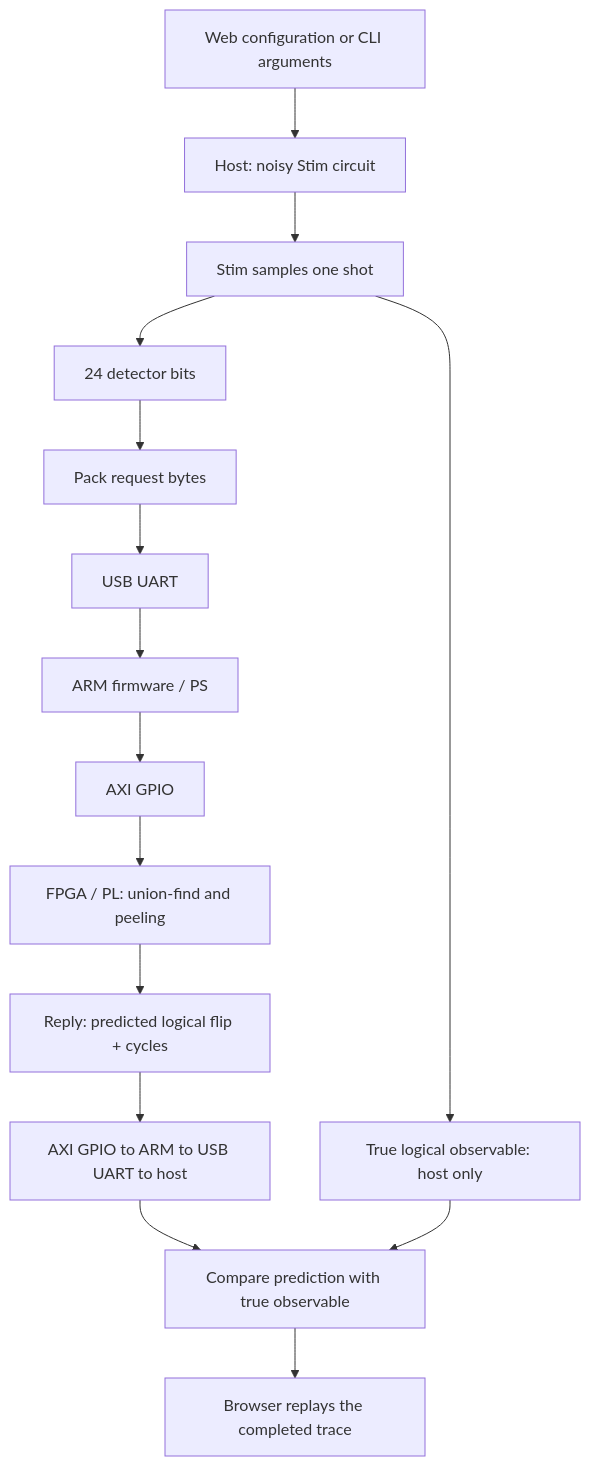
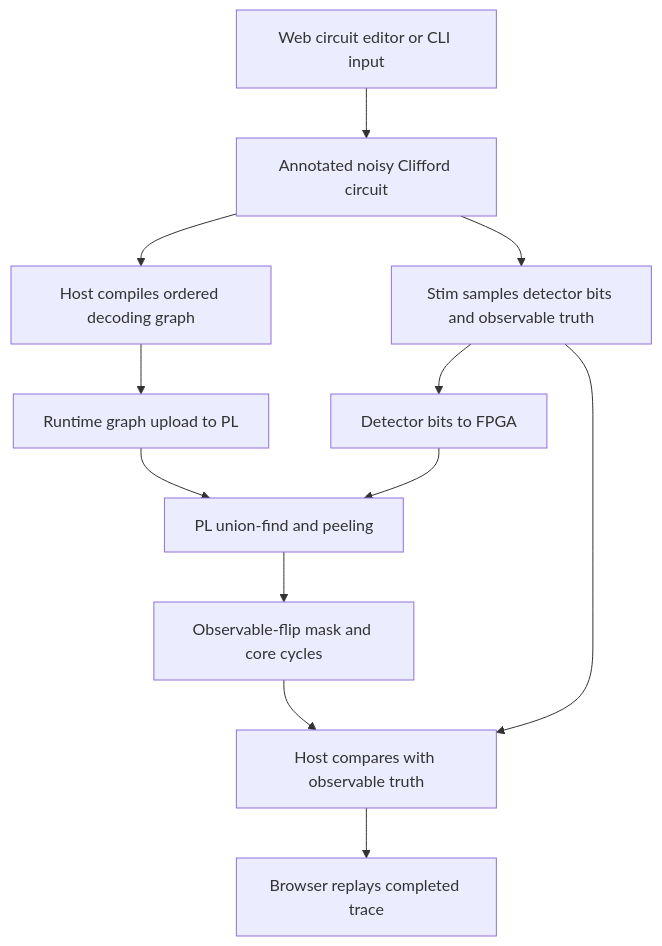
Before and after one commit to ToastCheng/zybo-qec-decoder: the diagram in README.md, drawn with Mermaid. The commit also changed other lines of this file and 14 other files, not shown here.

Commit message:
feat: add general circuit editor and SVG replay workflow

````diff
--- a/README.md
+++ b/README.md
@@ -230,17 +220,14 @@
 ```mermaid
 flowchart TD
-    W[Web configuration or CLI arguments] --> C[Host: noisy Stim circuit]
-    C --> S[Stim samples one shot]
-    S --> D[24 detector bits]
-    S --> O[True logical observable: host only]
-    D --> P[Pack request bytes]
-    P --> U[USB UART]
-    U --> A[ARM firmware / PS]
-    A --> G[AXI GPIO]
-    G --> F[FPGA / PL: union-find and peeling]
-    F --> R[Reply: predicted logical flip + cycles]
-    R --> B[AXI GPIO to ARM to USB UART to host]
-    B --> E[Compare prediction with true observable]
-    O --> E
-    E --> V[Browser replays the completed trace]
+    W[Web circuit editor or CLI input] --> C[Annotated noisy Clifford circuit]
+    C --> G[Host compiles ordered decoding graph]
+    G --> U[Runtime graph upload to PL]
+    C --> S[Stim samples detector bits and observable truth]
+    S --> D[Detector bits to FPGA]
+    U --> F[PL union-find and peeling]
+    D --> F
+    F --> R[Observable-flip mask and core cycles]
+    S --> E[Host compares with observable truth]
+    R --> E
+    E --> V[Browser replays completed trace]
 ```
````
